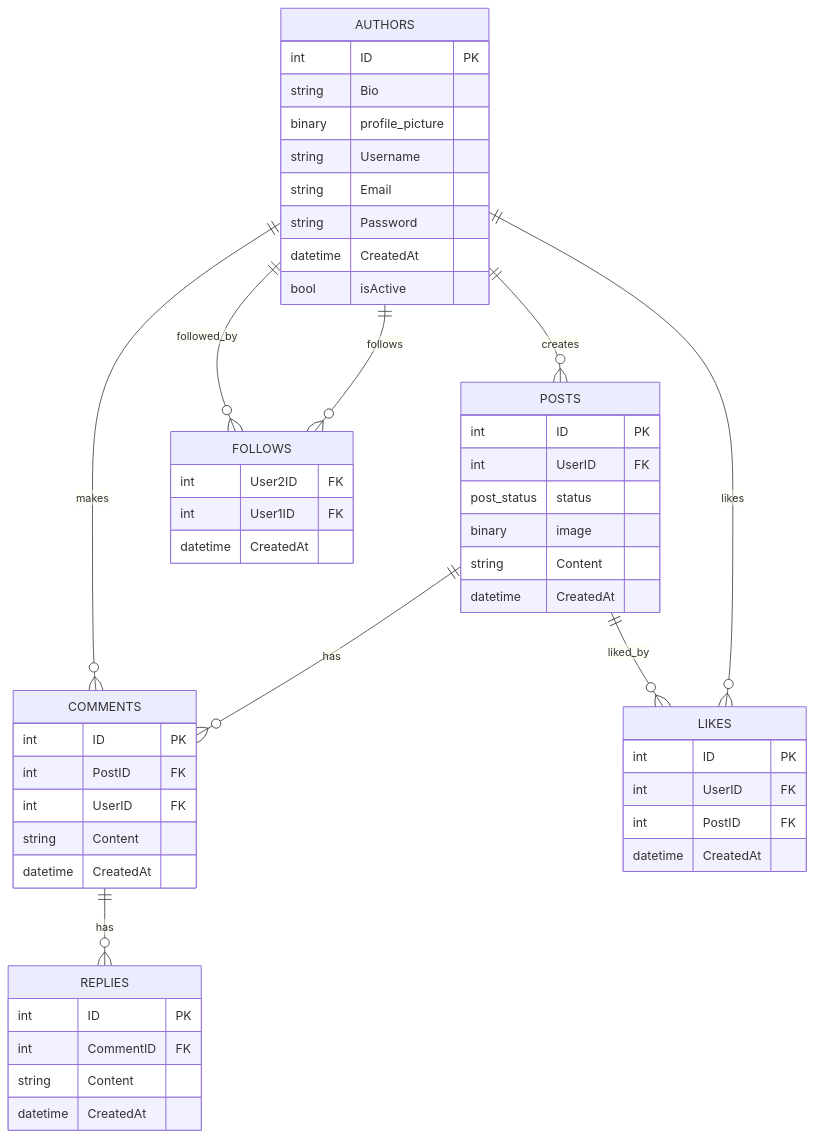
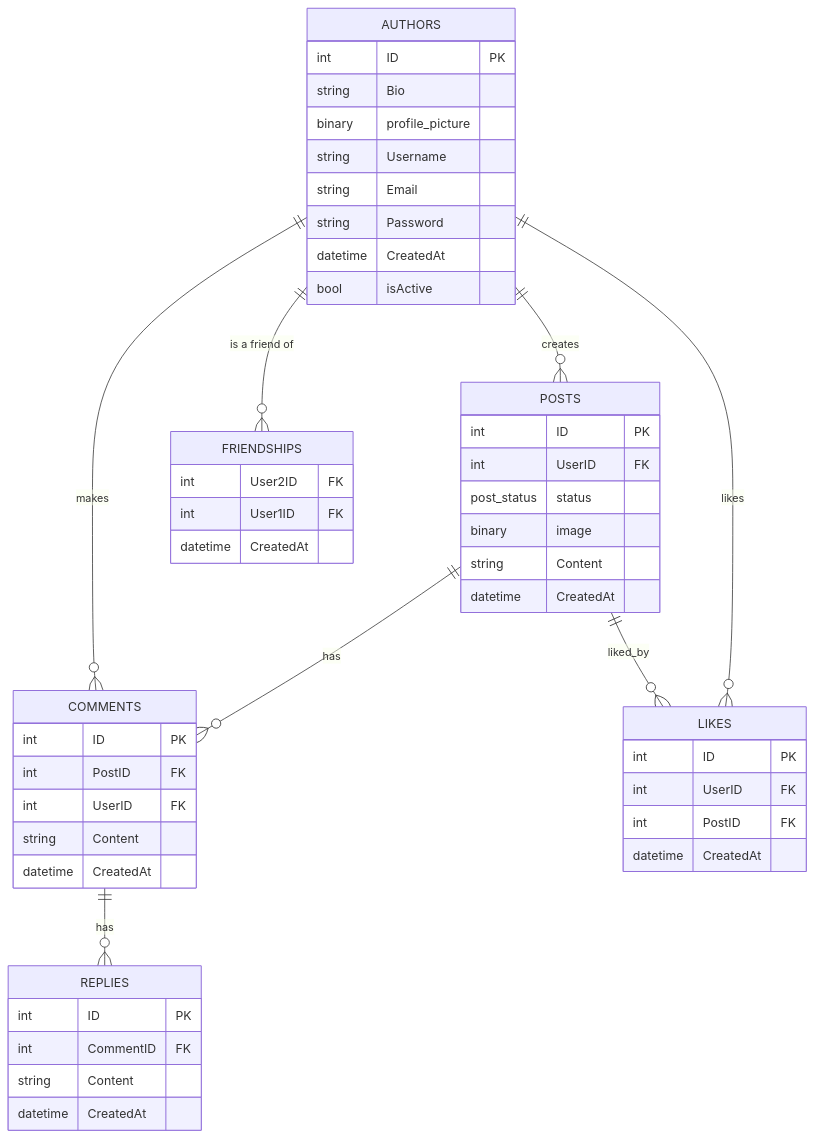
One commit to Apolo151/eSocialize-backend changed the diagram in docs/ERD.md. Above: the diagram before and after it, drawn with Mermaid.

Commit message:
update erd

````diff
--- a/docs/ERD.md
+++ b/docs/ERD.md
@@ -1,62 +1,61 @@
 ```mermaid
 erDiagram
     %% Define Entities and Their Attributes
     AUTHORS {
       int ID PK
       string Bio
       binary profile_picture
       string Username
       string Email
       string Password
       datetime CreatedAt
       bool isActive
     }
     
     POSTS {
       int ID PK
       int UserID FK
       post_status status
       binary image
       string Content
       datetime CreatedAt
     }
     
     COMMENTS {
       int ID PK
       int PostID FK
       int UserID FK
       string Content
       datetime CreatedAt
     }
 
     REPLIES {
       int ID PK
       int CommentID FK
       string Content
       datetime CreatedAt
     }
 
-    FOLLOWS {
+    FRIENDSHIPS {
       int User2ID FK
       int User1ID FK
       datetime CreatedAt
     }
     
     LIKES {
       int ID PK
       int UserID FK
       int PostID FK
       datetime CreatedAt
     }
     
     
     %% Define Relationships
     AUTHORS ||--o{ POSTS: "creates"
     POSTS ||--o{ COMMENTS: "has"
     AUTHORS ||--o{ COMMENTS: "makes"
     AUTHORS ||--o{ LIKES: "likes"
     POSTS ||--o{ LIKES: "liked_by"
-    AUTHORS ||--o{ FOLLOWS: "follows"
-    AUTHORS ||--o{ FOLLOWS : "followed_by"
+    AUTHORS ||--o{ FRIENDSHIPS: "is a friend of"
     COMMENTS ||--o{ REPLIES: "has"
 ```
````
